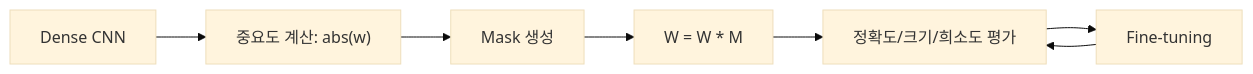
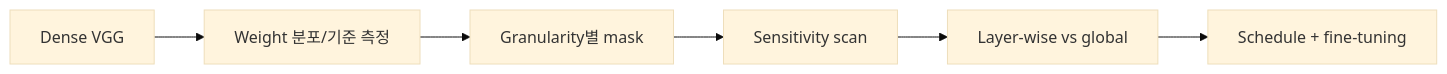
The diagram in study_notes/on_device_ai/practice/01_pruning_cnn_practice_guide.md (knowgyu/aisp), drawn with Mermaid (base theme) before and after one commit. The commit also changed other lines of this file and 10 other files, not shown here.

````diff
--- a/study_notes/on_device_ai/practice/01_pruning_cnn_practice_guide.md
+++ b/study_notes/on_device_ai/practice/01_pruning_cnn_practice_guide.md
@@ -36,9 +11,14 @@
 ```mermaid
 flowchart LR
-  A["Dense CNN"] --> B["중요도 계산: abs(w)"]
-  B --> C["Mask 생성"]
-  C --> D["W = W * M"]
-  D --> E["정확도/크기/희소도 평가"]
-  E --> F[Fine-tuning]
-  F --> E
+  A["Dense VGG"]
+  B["Weight 분포/기준 측정"]
+  A --> B
+  C["Granularity별 mask"]
+  B --> C
+  D["Sensitivity scan"]
+  C --> D
+  E["Layer-wise vs global"]
+  D --> E
+  F["Schedule + fine-tuning"]
+  E --> F
 ```
````
